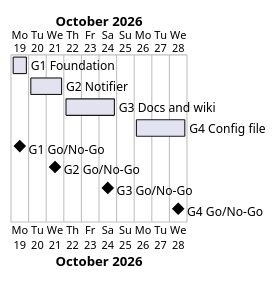
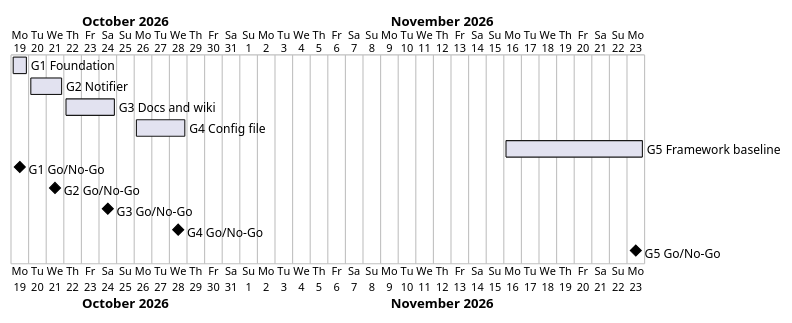
Before and after one commit to Tirsvad-Udemy-100-days-of-code/033-iss-location: the diagram in docs/project-plan.md, drawn with PlantUML. The commit also changed other lines of this file and 30 other files, not shown here.

First line of the commit message:
G5 Framework baseline: adopt framework v0.23.5, wiki shape, README, package metadata

````diff
--- a/docs/project-plan.md
+++ b/docs/project-plan.md
@@ -39,13 +42,15 @@
 ```plantuml
 @startgantt
 Project starts 2026-10-19
 [G1 Foundation] starts 2026-10-19 and ends 2026-10-19
 [G2 Notifier] starts 2026-10-20 and ends 2026-10-21
 [G3 Docs and wiki] starts 2026-10-22 and ends 2026-10-24
 [G4 Config file] starts 2026-10-26 and ends 2026-10-28
+[G5 Framework baseline] starts 2026-11-16 and ends 2026-11-23
 [G1 Go/No-Go] happens 2026-10-19
 [G2 Go/No-Go] happens 2026-10-21
 [G3 Go/No-Go] happens 2026-10-24
 [G4 Go/No-Go] happens 2026-10-28
+[G5 Go/No-Go] happens 2026-11-23
 @endgantt
 ```
````
